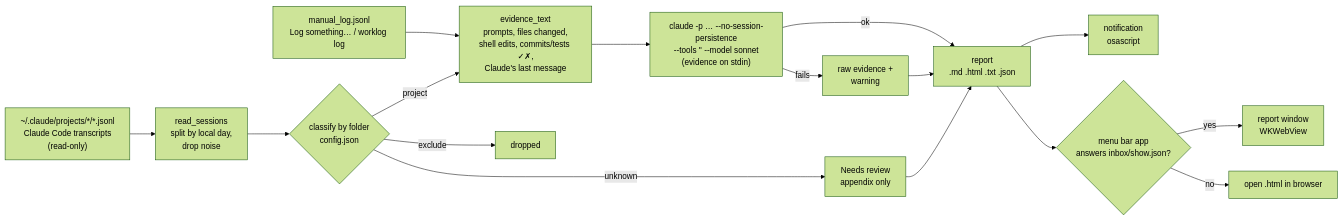
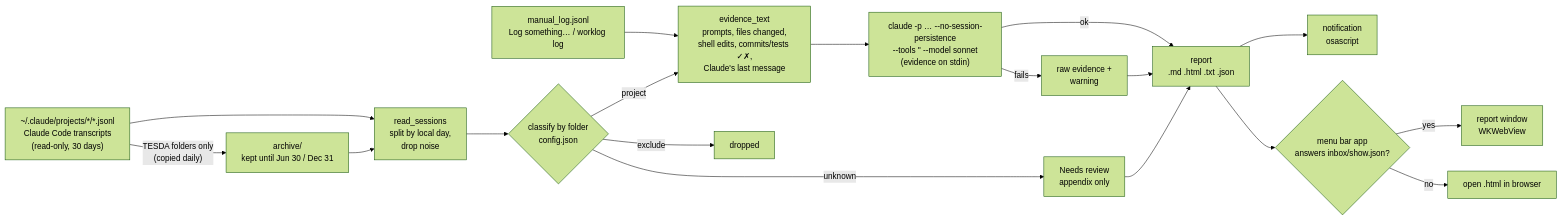
One commit to jewlmils/tesda-worklog changed the first of 2 diagrams in docs/ARCHITECTURE.md. Above: the diagram before and after it, drawn with Mermaid (forest theme). The commit also changed other lines of this file and 5 other files, not shown here.

First line of the commit message:
Keep TESDA history until Jun 30 / Dec 31 with alerts

````diff
--- a/docs/ARCHITECTURE.md
+++ b/docs/ARCHITECTURE.md
@@ -11,17 +11,19 @@
 ```mermaid
 flowchart LR
-    T["~/.claude/projects/*/*.jsonl<br/>Claude Code transcripts<br/>(read-only)"] --> R[read_sessions<br/>split by local day,<br/>drop noise]
+    T["~/.claude/projects/*/*.jsonl<br/>Claude Code transcripts<br/>(read-only, 30 days)"] --> R[read_sessions<br/>split by local day,<br/>drop noise]
+    T -- "TESDA folders only<br/>(copied daily)" --> AR["archive/<br/>kept until Jun 30 / Dec 31"]
+    AR --> R
     M["manual_log.jsonl<br/>Log something… / worklog log"] --> E
     R --> F{classify by folder<br/>config.json}
     F -- project --> E[evidence_text<br/>prompts, files changed,<br/>shell edits, commits/tests ✓✗,<br/>Claude's last message]
     F -- exclude --> X[dropped]
     F -- unknown --> NR[Needs review<br/>appendix only]
     E --> C["claude -p … --no-session-persistence<br/>--tools '' --model sonnet<br/>(evidence on stdin)"]
     C -- ok --> W[report<br/>.md .html .txt .json]
     C -- fails --> RAW[raw evidence +<br/>warning] --> W
     NR --> W
     W --> N[notification<br/>osascript]
     W --> S{menu bar app<br/>answers inbox/show.json?}
     S -- yes --> WIN[report window<br/>WKWebView]
     S -- no --> BR[open .html in browser]
 ```
````
